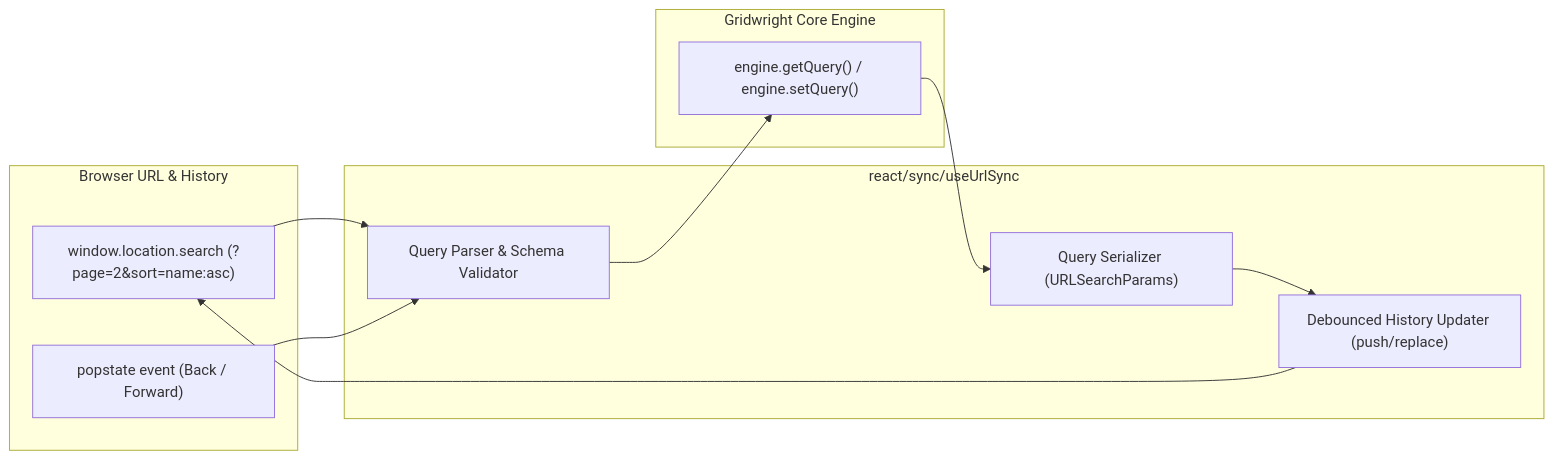
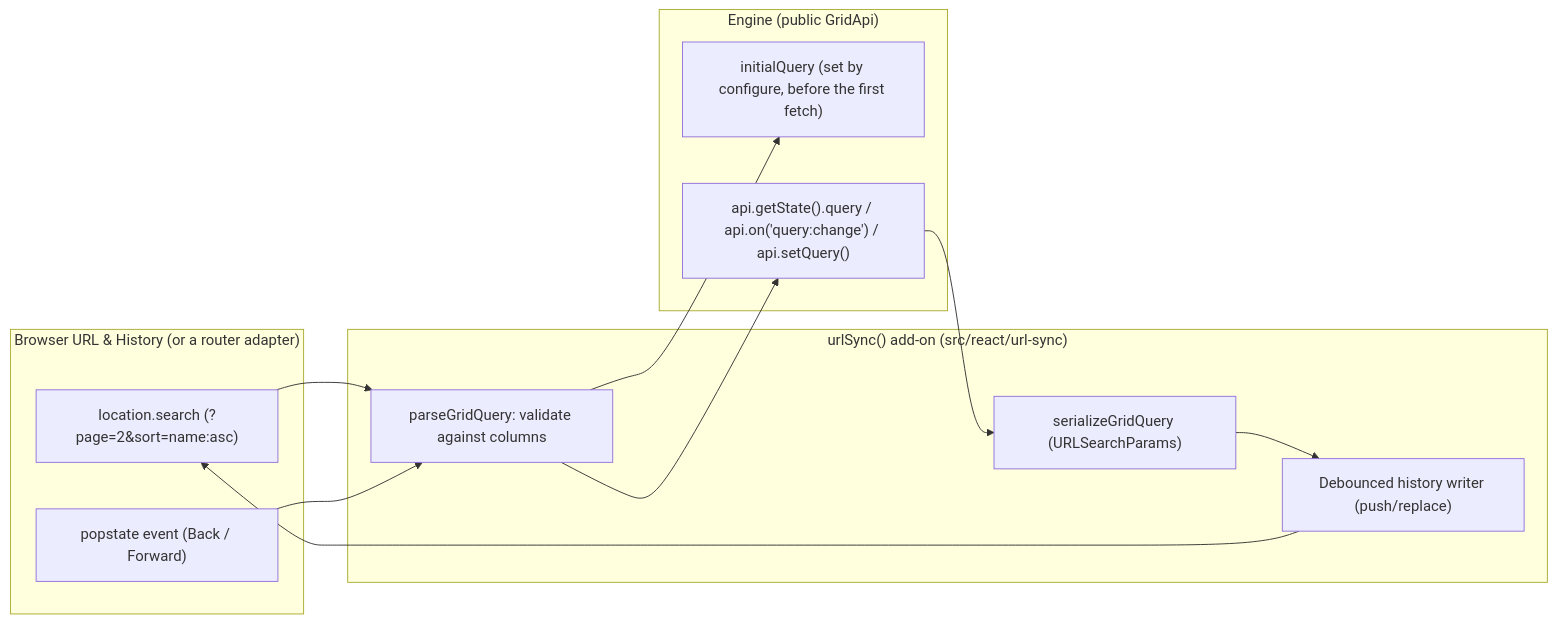
The diagram in specs/view-state-sync/spec.md (yaotzin1/apsw-gridwright), drawn with Mermaid before and after one commit. The commit also changed other lines of this file and 201 other files, not shown here.

````diff
--- a/specs/view-state-sync/spec.md
+++ b/specs/view-state-sync/spec.md
@@ -27,21 +28,22 @@
 ```mermaid
 flowchart LR
-    subgraph Browser["Browser URL & History"]
-        URL["window.location.search (?page=2&sort=name:asc)"]
+    subgraph Browser["Browser URL & History (or a router adapter)"]
+        URL["location.search (?page=2&sort=name:asc)"]
         Popstate["popstate event (Back / Forward)"]
     end
 
-    subgraph SyncAdapter["react/sync/useUrlSync"]
-        Parser["Query Parser & Schema Validator"]
-        Serializer["Query Serializer (URLSearchParams)"]
-        Debounce["Debounced History Updater (push/replace)"]
+    subgraph SyncAddon["urlSync() add-on (src/react/url-sync)"]
+        Parser["parseGridQuery: validate against columns"]
+        Serializer["serializeGridQuery (URLSearchParams)"]
+        Debounce["Debounced history writer (push/replace)"]
     end
 
-    subgraph GridEngine["Gridwright Core Engine"]
-        QueryState["engine.getQuery() / engine.setQuery()"]
+    subgraph GridEngine["Engine (public GridApi)"]
+        Initial["initialQuery (set by configure, before the first fetch)"]
+        QueryState["api.getState().query / api.on('query:change') / api.setQuery()"]
     end
 
-    URL --> Parser --> QueryState
-    Popstate --> Parser
+    URL --> Parser --> Initial
+    Popstate --> Parser --> QueryState
     QueryState --> Serializer --> Debounce --> URL
 ```
````
